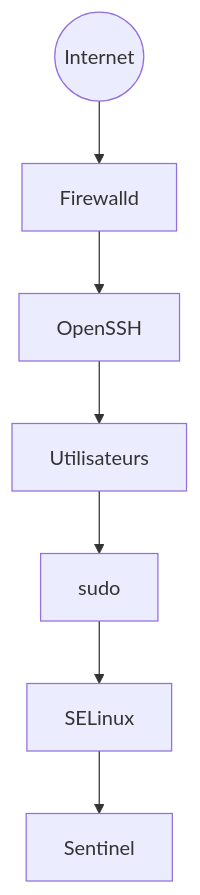
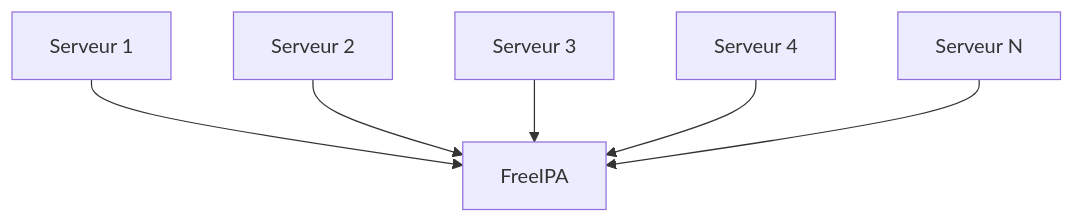
Before and after one commit to tdelaclos/formations: the third of 7 diagrams in campagne 8/8.1.md, drawn with Mermaid. The commit also changed other lines of this file, not shown here.

````diff
--- a/campagne 8/8.1.md
+++ b/campagne 8/8.1.md
@@ -443,18 +223,25 @@
 ```mermaid
 flowchart TD
 
-Internet((Internet))
-Firewall[Firewalld]
-SSH[OpenSSH]
-Users[Utilisateurs]
-Sudo[sudo]
-SELinux[SELinux]
-Application[Sentinel]
+    IPA[FreeIPA]
 
-Internet --> Firewall
-Firewall --> SSH
-SSH --> Users
-Users --> Sudo
-Sudo --> SELinux
-SELinux --> Application
+    S1[Serveur 1]
+
+    S2[Serveur 2]
+
+    S3[Serveur 3]
+
+    S4[Serveur 4]
+
+    SN[Serveur N]
+
+    S1 --> IPA
+
+    S2 --> IPA
+
+    S3 --> IPA
+
+    S4 --> IPA
+
+    SN --> IPA
 ```
````
